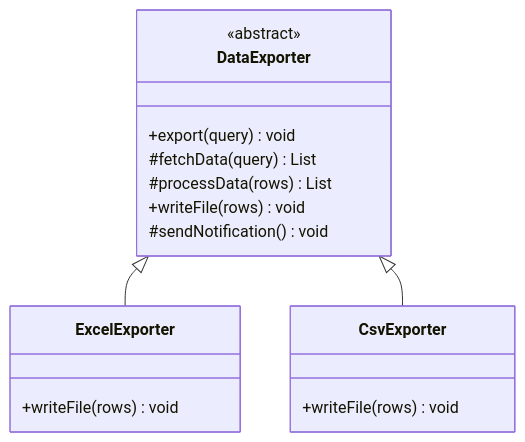
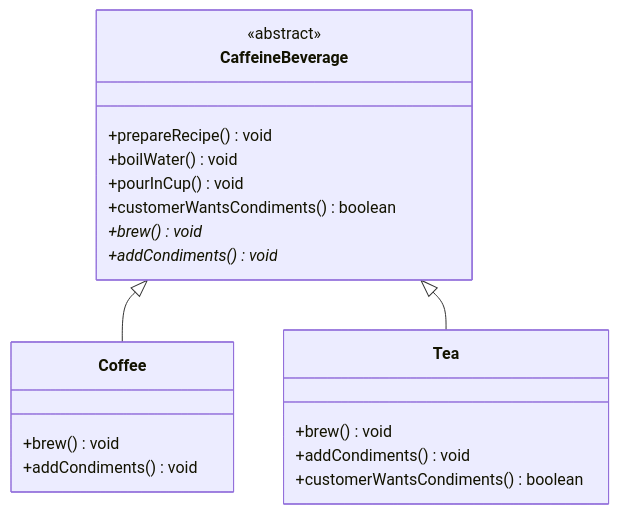
Before and after one commit to luguosong/programming-notes: the diagram in docs/topic/design-patterns/behavioral-patterns/template-method/index.md, drawn with Mermaid. The commit also changed other lines of this file and 24 other files, not shown here.

````diff
--- a/docs/topic/design-patterns/behavioral-patterns/template-method/index.md
+++ b/docs/topic/design-patterns/behavioral-patterns/template-method/index.md
@@ -21,19 +33,23 @@
 ```mermaid
 classDiagram
-    class DataExporter {
+    class CaffeineBeverage {
         <<abstract>>
-        +export(query) void
-        #fetchData(query) List
-        #processData(rows) List
-        +writeFile(rows) void
-        #sendNotification() void
+        +prepareRecipe() void
+        +boilWater() void
+        +pourInCup() void
+        +customerWantsCondiments() boolean
+        +brew()* void
+        +addCondiments()* void
     }
-    class ExcelExporter {
-        +writeFile(rows) void
+    class Coffee {
+        +brew() void
+        +addCondiments() void
     }
-    class CsvExporter {
-        +writeFile(rows) void
+    class Tea {
+        +brew() void
+        +addCondiments() void
+        +customerWantsCondiments() boolean
     }
-    DataExporter <|-- ExcelExporter
-    DataExporter <|-- CsvExporter
+    CaffeineBeverage <|-- Coffee
+    CaffeineBeverage <|-- Tea
 ```
````
